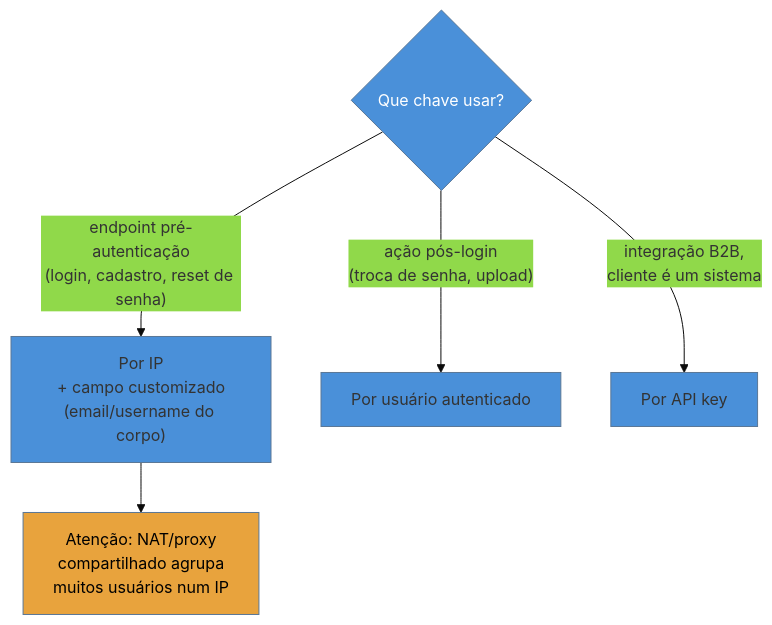
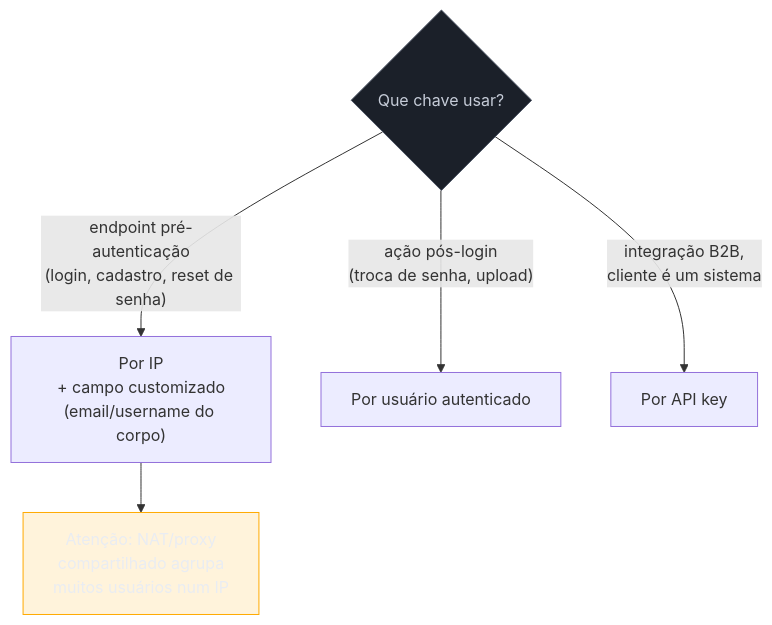
The third of 3 diagrams in 03-Dominios/Tecnologia/Python/Segurança/08 - Rate limiting e proteção contra abuso.md (josenaldo/codex-technomanticus), drawn with Mermaid before and after one commit. The commit also changed other lines of this file and 1181 other files, not shown here.

First line of the commit message:
fix(diagramas): paleta do sistema no lugar de cor cravada no markdown

````diff
--- a/03-Dominios/Tecnologia/Python/Segurança/08 - Rate limiting e proteção contra abuso.md
+++ b/03-Dominios/Tecnologia/Python/Segurança/08 - Rate limiting e proteção contra abuso.md
@@ -322,13 +326,14 @@
 ```mermaid
-%%{init: {"theme": "base", "themeVariables": {"primaryColor": "#4A90D9"}}}%%
 flowchart TB
+    classDef neutro fill:#1B2029,stroke:#4E5666,color:#C6CCD8
+    classDef destaque fill:#FFAA0024,stroke:#FFAA00,color:#E9ECF2
     Q{"Que chave usar?"}
     Q -->|"endpoint pré-autenticação\n(login, cadastro, reset de senha)"| IP["Por IP\n+ campo customizado\n(email/username do corpo)"]
     Q -->|"ação pós-login\n(troca de senha, upload)"| USER["Por usuário autenticado"]
     Q -->|"integração B2B,\ncliente é um sistema"| KEY["Por API key"]
 
     IP --> WARN["Atenção: NAT/proxy\ncompartilhado agrupa\nmuitos usuários num IP"]
 
-    style Q fill:#4A90D9,color:#fff
-    style WARN fill:#e8a33d,color:#000
+    class Q neutro
+    class WARN destaque
 ```
````
